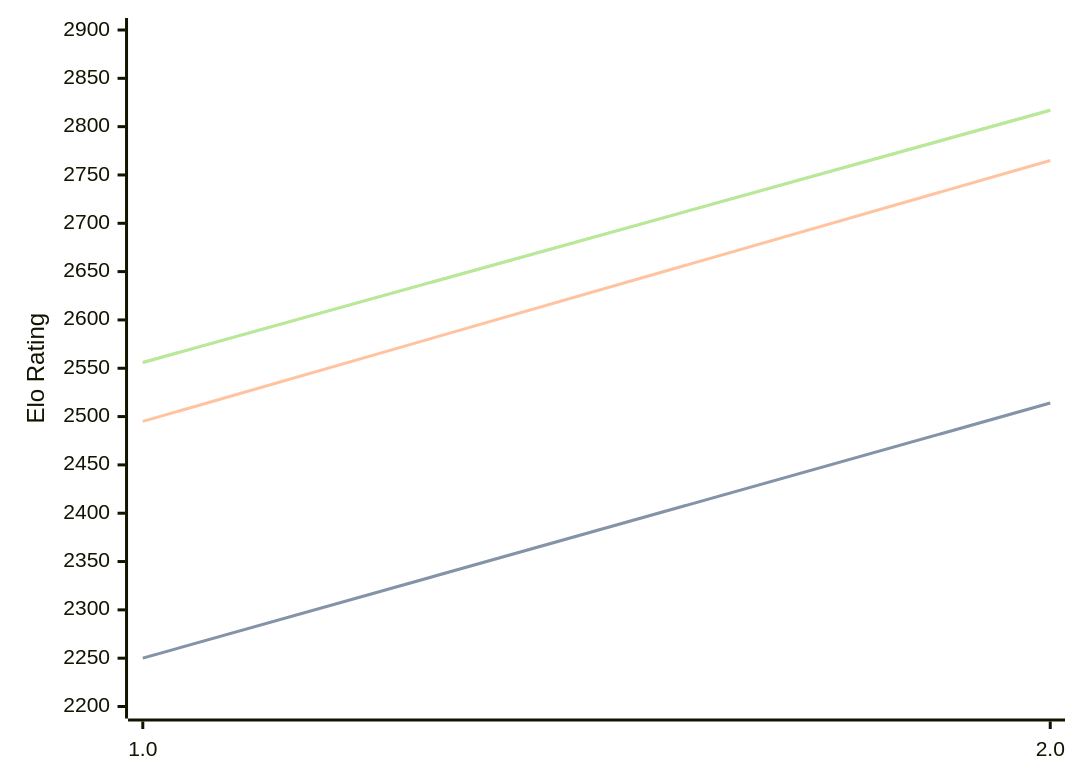
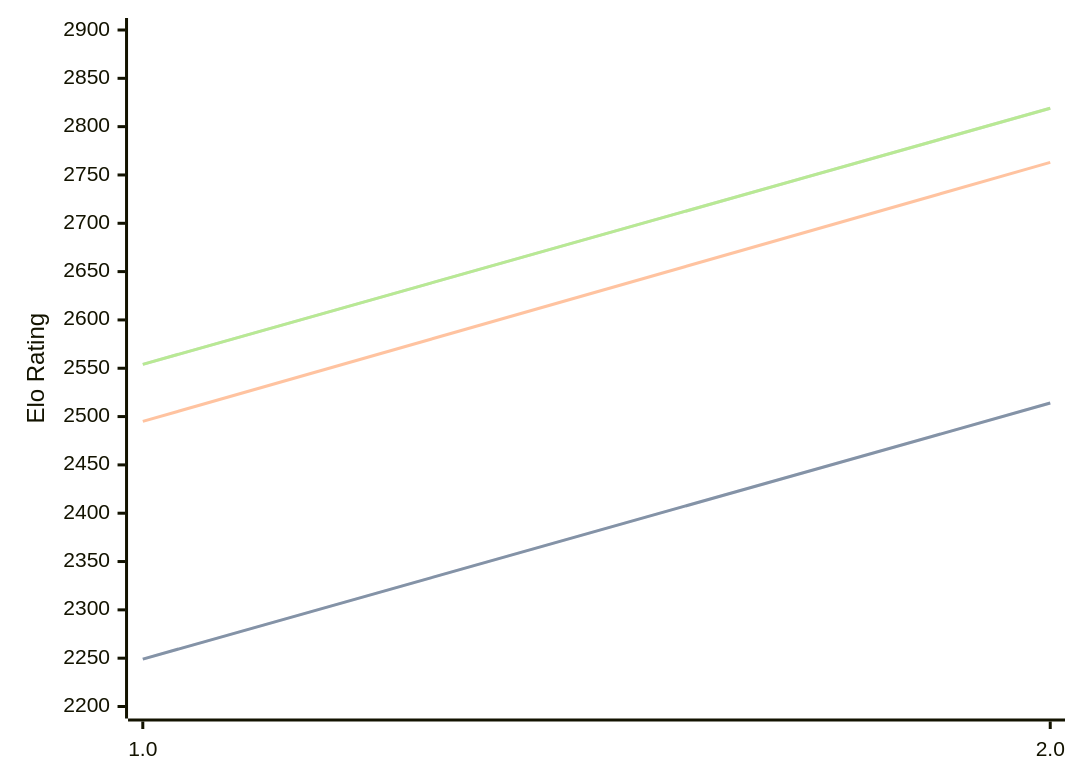
The first of 3 diagrams in engines/Revolver.md (computer-chess-index/cci), drawn with Mermaid before and after one commit. The commit also changed other lines of this file, not shown here.

Commit message:
Update CCI Ratings (ELO VLTC) - 2026-07-15

````diff
--- a/engines/Revolver.md
+++ b/engines/Revolver.md
@@ -32,11 +32,11 @@
 ```mermaid
 %%{init: {"theme":"base","themeVariables":{"seriesColors:['#a3a3a3','#222221','#faa371']}}}%%
 xychart-beta
   x-axis ["1.0", "2.0"]
   y-axis "Elo Rating" 2200 --> 2900
-  line "STC (8.0+0.08s)" [2250, 2514]
-  line "STC (8.0+0.08s)" [2250, 2514]
-  line "LTC (60.0+0.60s)" [2495, 2765]
-  line "VLTC (2m24s+1.12s)" [2556, 2817]
-  line "VLTC (2m24s+1.12s)" [2556, 2817]
+  line "STC (8.0+0.08s)" [2249, 2514]
+  line "STC (8.0+0.08s)" [2249, 2514]
+  line "LTC (60.0+0.60s)" [2495, 2763]
+  line "VLTC (2m24s+1.12s)" [2554, 2819]
+  line "VLTC (2m24s+1.12s)" [2554, 2819]
 ```
````
